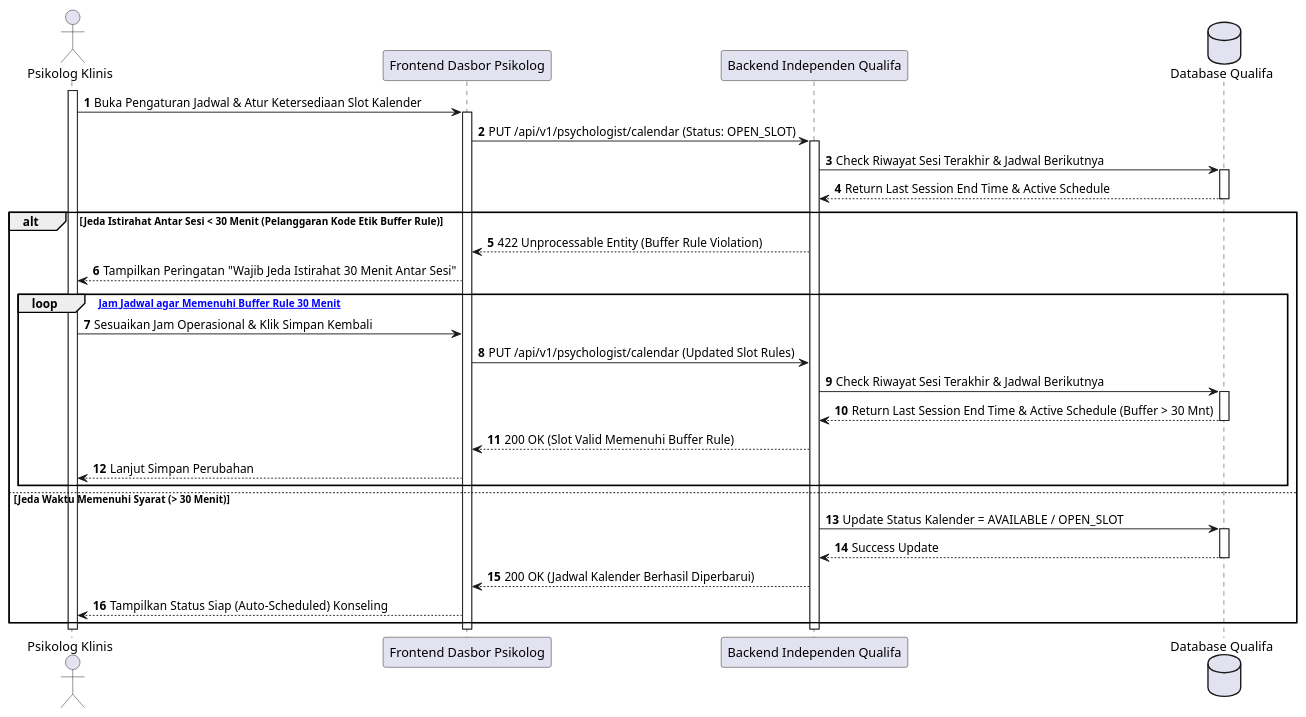
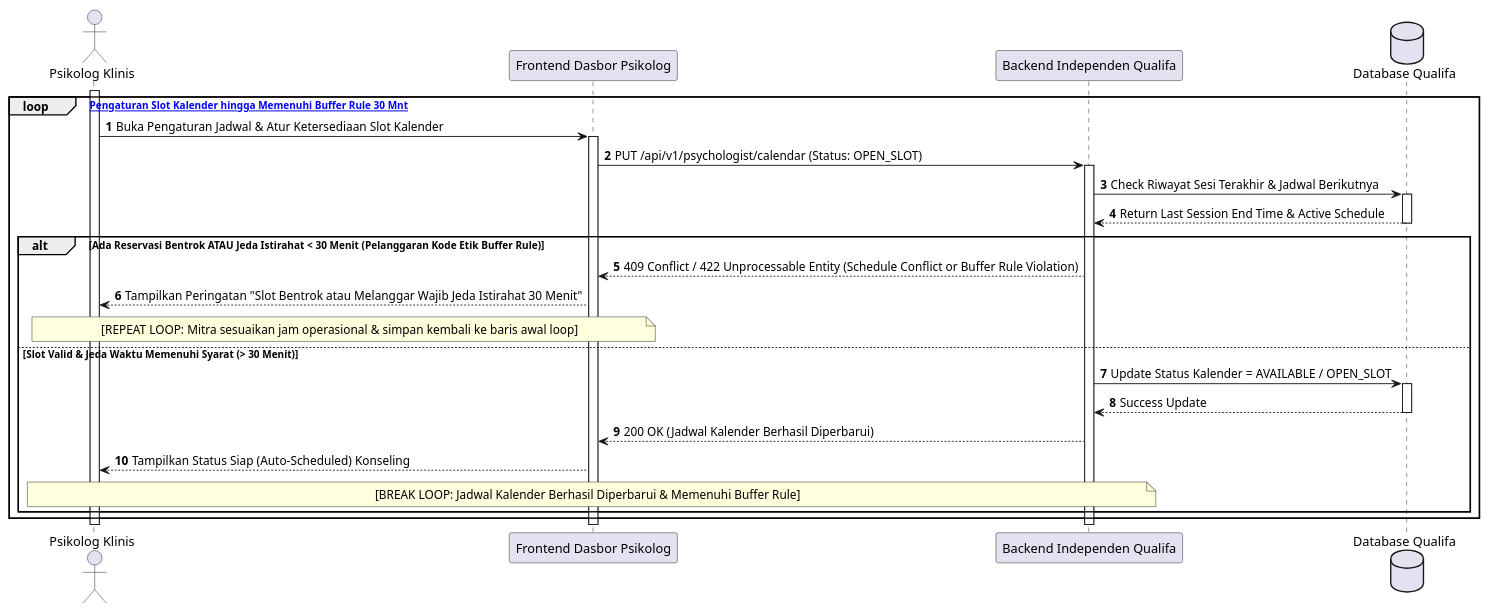
Before and after one commit to tupperwureism/SuperApp-Gagal: diagram 19 of 27 in MarkDown/plantuml_sequence_diagrams.md, drawn with PlantUML. The commit also changed other lines of this file and 2 other files, not shown here.

Commit message:
refactor(uml): standardize outer loop validation pattern and enforce 1-to-1 decision mapping between AD and SD

````diff
--- a/MarkDown/plantuml_sequence_diagrams.md
+++ b/MarkDown/plantuml_sequence_diagrams.md
@@ -1067,38 +1099,33 @@
 ```plantuml
 @startuml
 autonumber
 actor "Psikolog Klinis" as Mitra
 participant "Frontend Dasbor Psikolog" as FE
 participant "Backend Independen Qualifa" as BE
 database "Database Qualifa" as DB
 
 activate Mitra
-Mitra -> FE ++ : Buka Pengaturan Jadwal & Atur Ketersediaan Slot Kalender
-FE -> BE ++ : PUT /api/v1/psychologist/calendar (Status: OPEN_SLOT)
+loop [Percobaan Pengaturan Slot Kalender hingga Memenuhi Buffer Rule 30 Mnt]
+    Mitra -> FE ++ : Buka Pengaturan Jadwal & Atur Ketersediaan Slot Kalender
+    FE -> BE ++ : PUT /api/v1/psychologist/calendar (Status: OPEN_SLOT)
 
-BE -> DB ++ : Check Riwayat Sesi Terakhir & Jadwal Berikutnya
-DB --> BE -- : Return Last Session End Time & Active Schedule
+    BE -> DB ++ : Check Riwayat Sesi Terakhir & Jadwal Berikutnya
+    DB --> BE -- : Return Last Session End Time & Active Schedule
 
-alt Jeda Istirahat Antar Sesi < 30 Menit (Pelanggaran Kode Etik Buffer Rule)
-    BE --> FE : 422 Unprocessable Entity (Buffer Rule Violation)
-    FE --> Mitra : Tampilkan Peringatan "Wajib Jeda Istirahat 30 Menit Antar Sesi"
-    
-    loop [Sesuaikan Jam Jadwal agar Memenuhi Buffer Rule 30 Menit]
-        Mitra -> FE : Sesuaikan Jam Operasional & Klik Simpan Kembali
-        FE -> BE : PUT /api/v1/psychologist/calendar (Updated Slot Rules)
-        BE -> DB ++ : Check Riwayat Sesi Terakhir & Jadwal Berikutnya
-        DB --> BE -- : Return Last Session End Time & Active Schedule (Buffer > 30 Mnt)
-        BE --> FE : 200 OK (Slot Valid Memenuhi Buffer Rule)
-        FE --> Mitra : Lanjut Simpan Perubahan
+    alt Ada Reservasi Bentrok ATAU Jeda Istirahat < 30 Menit (Pelanggaran Kode Etik Buffer Rule)
+        BE --> FE : 409 Conflict / 422 Unprocessable Entity (Schedule Conflict or Buffer Rule Violation)
+        FE --> Mitra : Tampilkan Peringatan "Slot Bentrok atau Melanggar Wajib Jeda Istirahat 30 Menit"
+        note over Mitra, FE : [REPEAT LOOP: Mitra sesuaikan jam operasional & simpan kembali ke baris awal loop]
+    else Slot Valid & Jeda Waktu Memenuhi Syarat (> 30 Menit)
+        BE -> DB ++ : Update Status Kalender = AVAILABLE / OPEN_SLOT
+        DB --> BE -- : Success Update
+        BE --> FE : 200 OK (Jadwal Kalender Berhasil Diperbarui)
+        FE --> Mitra : Tampilkan Status Siap (Auto-Scheduled) Konseling
+        note over Mitra, BE : [BREAK LOOP: Jadwal Kalender Berhasil Diperbarui & Memenuhi Buffer Rule]
     end
-else Jeda Waktu Memenuhi Syarat (> 30 Menit)
-    BE -> DB ++ : Update Status Kalender = AVAILABLE / OPEN_SLOT
-    DB --> BE -- : Success Update
-    BE --> FE : 200 OK (Jadwal Kalender Berhasil Diperbarui)
-    FE --> Mitra : Tampilkan Status Siap (Auto-Scheduled) Konseling
 end
 deactivate BE
 deactivate FE
 deactivate Mitra
 @enduml
 ```
````
